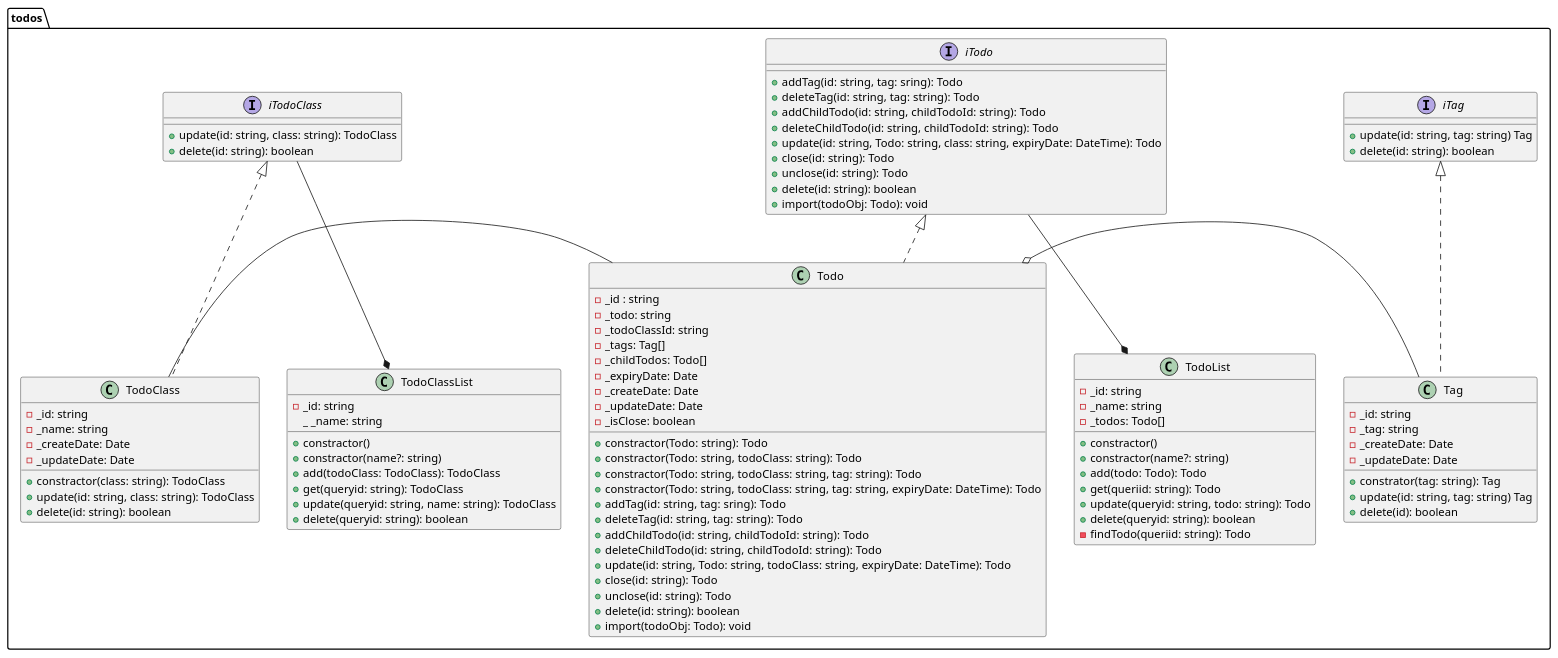
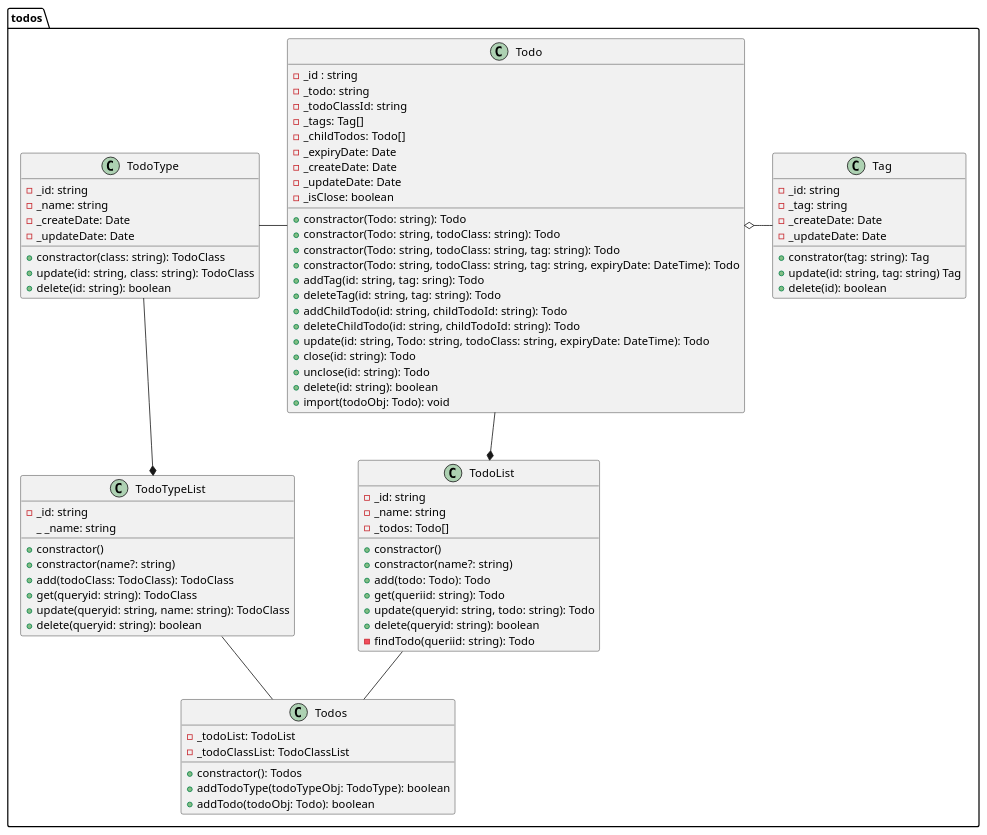
The diagram in docs/TodoUml.pu (KajiyaManzou/TodoCheckList), drawn with PlantUML before and after one commit. The commit also changed 605 other files, not shown here.

```diff
--- a/docs/TodoUml.pu
+++ b/docs/TodoUml.pu
@@ -1,107 +1,123 @@
 @startuml TodoUml01
 
 package todos {
 
 
 class Todo {
     - _id : string
     - _todo: string
     - _todoClassId: string
     - _tags: Tag[]
     - _childTodos: Todo[]
     - _expiryDate: Date
     - _createDate: Date
     - _updateDate: Date
     - _isClose: boolean
     + constractor(Todo: string): Todo
     + constractor(Todo: string, todoClass: string): Todo
     + constractor(Todo: string, todoClass: string, tag: string): Todo
     + constractor(Todo: string, todoClass: string, tag: string, expiryDate: DateTime): Todo
     + addTag(id: string, tag: sring): Todo
     + deleteTag(id: string, tag: string): Todo
     + addChildTodo(id: string, childTodoId: string): Todo
     + deleteChildTodo(id: string, childTodoId: string): Todo
     + update(id: string, Todo: string, todoClass: string, expiryDate: DateTime): Todo
     + close(id: string): Todo
     + unclose(id: string): Todo
     + delete(id: string): boolean
     + import(todoObj: Todo): void
 }
 
+/'
 interface iTodo {
     + addTag(id: string, tag: sring): Todo
     + deleteTag(id: string, tag: string): Todo
     + addChildTodo(id: string, childTodoId: string): Todo
     + deleteChildTodo(id: string, childTodoId: string): Todo
     + update(id: string, Todo: string, class: string, expiryDate: DateTime): Todo
     + close(id: string): Todo
     + unclose(id: string): Todo
     + delete(id: string): boolean
     + import(todoObj: Todo): void
 }
+'/
 
 class TodoList {
     - _id: string
     - _name: string
     - _todos: Todo[]
     + constractor()
     + constractor(name?: string)
     + add(todo: Todo): Todo
     + get(queriid: string): Todo
     + update(queryid: string, todo: string): Todo
     + delete(queryid: string): boolean
     - findTodo(queriid: string): Todo
 }
 
-class TodoClass {
+class TodoType {
     - _id: string
     - _name: string
     - _createDate: Date
     - _updateDate: Date
     + constractor(class: string): TodoClass
     + update(id: string, class: string): TodoClass
     + delete(id: string): boolean
 }
 
+/'
 interface iTodoClass {
     + update(id: string, class: string): TodoClass
     + delete(id: string): boolean
 }
+'/
 
-class TodoClassList {
+class TodoTypeList {
     - _id: string
     _ _name: string
     + constractor()
     + constractor(name?: string)
     + add(todoClass: TodoClass): TodoClass
     + get(queryid: string): TodoClass
     + update(queryid: string, name: string): TodoClass
     + delete(queryid: string): boolean
 }
 
 class Tag {
     - _id: string
     - _tag: string
     - _createDate: Date
     - _updateDate: Date
     + constrator(tag: string): Tag
     + update(id: string, tag: string) Tag
     + delete(id): boolean
 }
 
+class Todos {
+    - _todoList: TodoList
+    - _todoClassList: TodoClassList
+    + constractor(): Todos
+    + addTodoType(todoTypeObj: TodoType): boolean
+    + addTodo(todoObj: Todo): boolean
+}
+/'
 interface iTag {
     + update(id: string, tag: string) Tag
     + delete(id: string): boolean 
 }
-
+'/
 }
 
-iTodo --* TodoList
-iTodoClass --* TodoClassList
-Todo --le-- TodoClass
+TodoList -- Todos
+TodoTypeList -- Todos
+Todo --* TodoList
+TodoType --* TodoTypeList
+Todo --le-- TodoType
 Tag --le--o Todo
+/'
 iTodo <|.. Todo
 iTodoClass <|.. TodoClass
 iTag <|.. Tag
+'/
 
 @enduml
```
